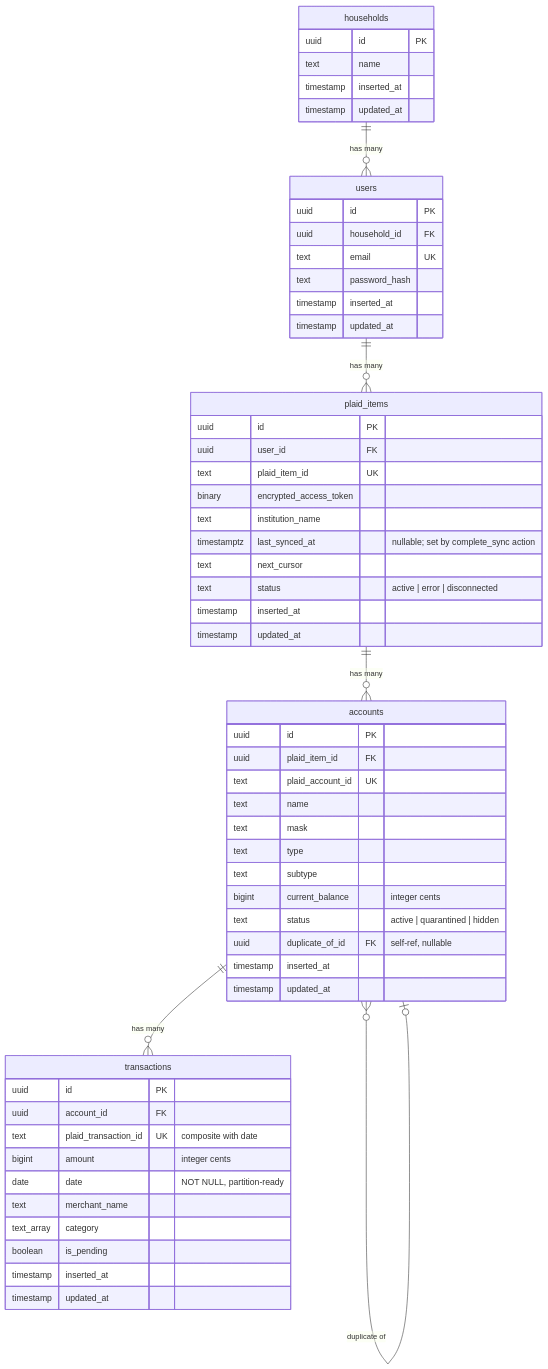
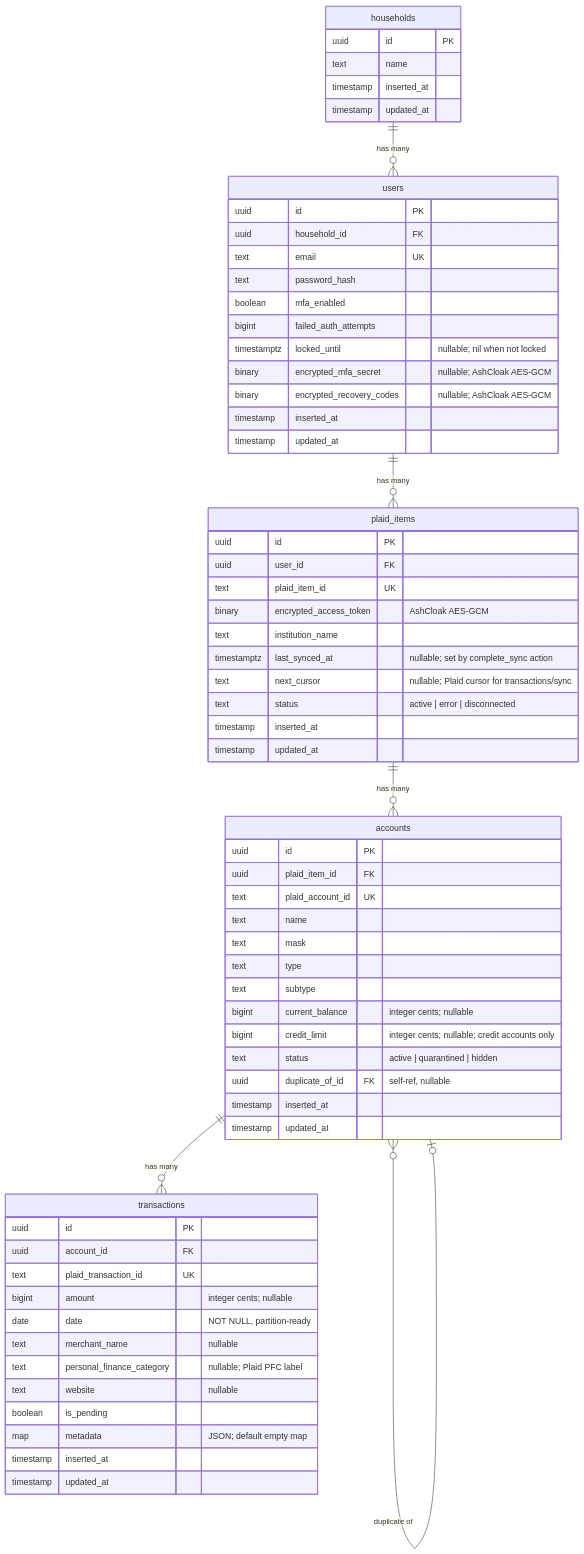
The diagram in priv/repo/REPO_README.md (tblenahan/finance_smith), drawn with Mermaid before and after one commit. The commit also changed other lines of this file and 7 other files, not shown here.

````diff
--- a/priv/repo/REPO_README.md
+++ b/priv/repo/REPO_README.md
@@ -5,65 +9,73 @@
 ```mermaid
 erDiagram
     households ||--o{ users : "has many"
     users ||--o{ plaid_items : "has many"
     plaid_items ||--o{ accounts : "has many"
     accounts ||--o{ transactions : "has many"
     accounts }o--o| accounts : "duplicate of"
 
     households {
         uuid id PK
         text name
         timestamp inserted_at
         timestamp updated_at
     }
 
     users {
         uuid id PK
         uuid household_id FK
         text email UK
         text password_hash
+        boolean mfa_enabled
+        bigint failed_auth_attempts
+        timestamptz locked_until "nullable; nil when not locked"
+        binary encrypted_mfa_secret "nullable; AshCloak AES-GCM"
+        binary encrypted_recovery_codes "nullable; AshCloak AES-GCM"
         timestamp inserted_at
         timestamp updated_at
     }
 
     plaid_items {
         uuid id PK
         uuid user_id FK
         text plaid_item_id UK
-        binary encrypted_access_token
+        binary encrypted_access_token "AshCloak AES-GCM"
         text institution_name
         timestamptz last_synced_at "nullable; set by complete_sync action"
-        text next_cursor
+        text next_cursor "nullable; Plaid cursor for transactions/sync"
         text status "active | error | disconnected"
         timestamp inserted_at
         timestamp updated_at
     }
 
     accounts {
         uuid id PK
         uuid plaid_item_id FK
         text plaid_account_id UK
         text name
         text mask
         text type
         text subtype
-        bigint current_balance "integer cents"
+        bigint current_balance "integer cents; nullable"
+        bigint credit_limit "integer cents; nullable; credit accounts only"
         text status "active | quarantined | hidden"
         uuid duplicate_of_id FK "self-ref, nullable"
         timestamp inserted_at
         timestamp updated_at
     }
 
     transactions {
         uuid id PK
         uuid account_id FK
-        text plaid_transaction_id UK "composite with date"
-        bigint amount "integer cents"
+        text plaid_transaction_id UK
+        bigint amount "integer cents; nullable"
         date date "NOT NULL, partition-ready"
-        text merchant_name
-        text_array category
+        text merchant_name "nullable"
+        text personal_finance_category "nullable; Plaid PFC label"
+        text website "nullable"
         boolean is_pending
+        map metadata "JSON; default empty map"
         timestamp inserted_at
         timestamp updated_at
     }
 ```
````
